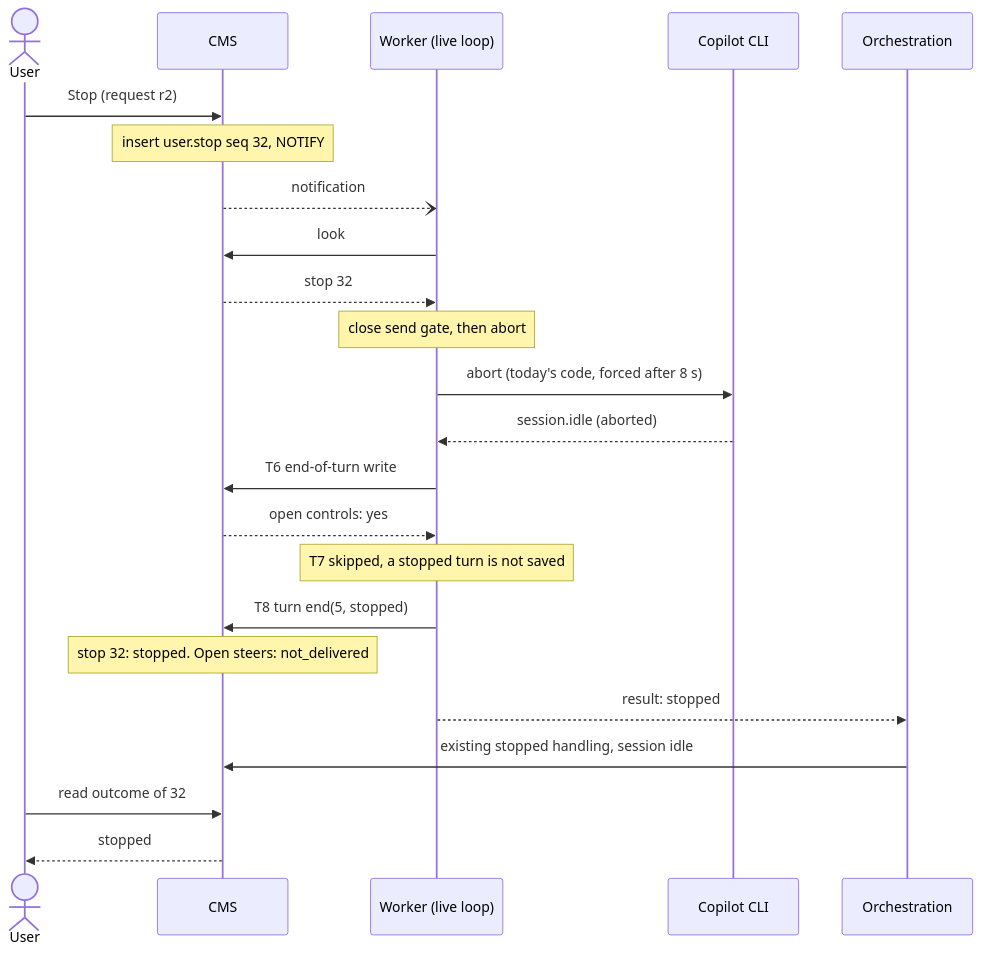
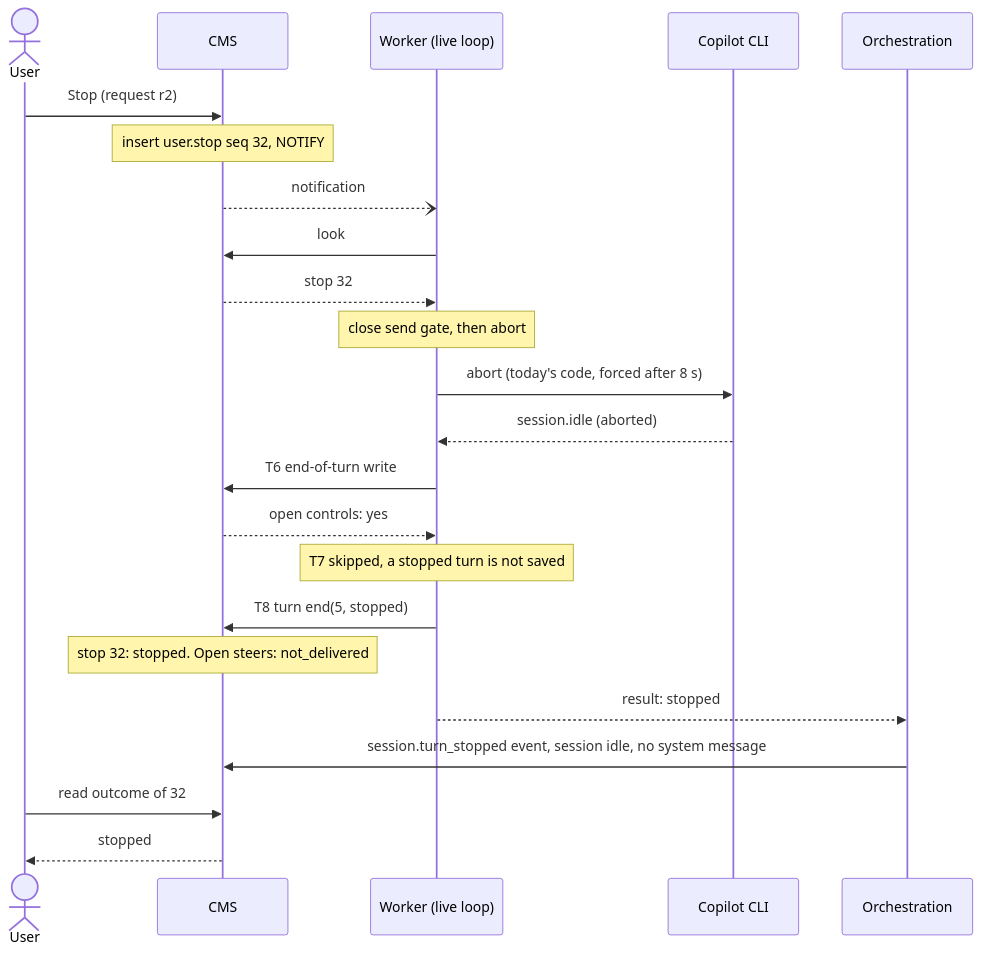
One commit to microsoft/PilotSwarm changed the fourth of 13 diagrams in docs/proposals/session-turn-control.md. Above: the diagram before and after it, drawn with Mermaid. The commit also changed other lines of this file, not shown here.

Commit message:
docs(turn-control): design revision 6 (as built)

````diff
--- a/docs/proposals/session-turn-control.md
+++ b/docs/proposals/session-turn-control.md
@@ -242,25 +290,25 @@
 ```mermaid
 sequenceDiagram
     actor U as User
     participant DB as CMS
     participant W as Worker (live loop)
     participant C as Copilot CLI
     participant O as Orchestration
     U->>DB: Stop (request r2)
     Note over DB: insert user.stop seq 32, NOTIFY
     DB--)W: notification
     W->>DB: look
     DB-->>W: stop 32
     Note over W: close send gate, then abort
     W->>C: abort (today's code, forced after 8 s)
     C-->>W: session.idle (aborted)
     W->>DB: T6 end-of-turn write
     DB-->>W: open controls: yes
     Note over W: T7 skipped, a stopped turn is not saved
     W->>DB: T8 turn end(5, stopped)
     Note over DB: stop 32: stopped. Open steers: not_delivered
     W-->>O: result: stopped
-    O->>DB: existing stopped handling, session idle
+    O->>DB: session.turn_stopped event, session idle, no system message
     U->>DB: read outcome of 32
     DB-->>U: stopped
 ```
````
